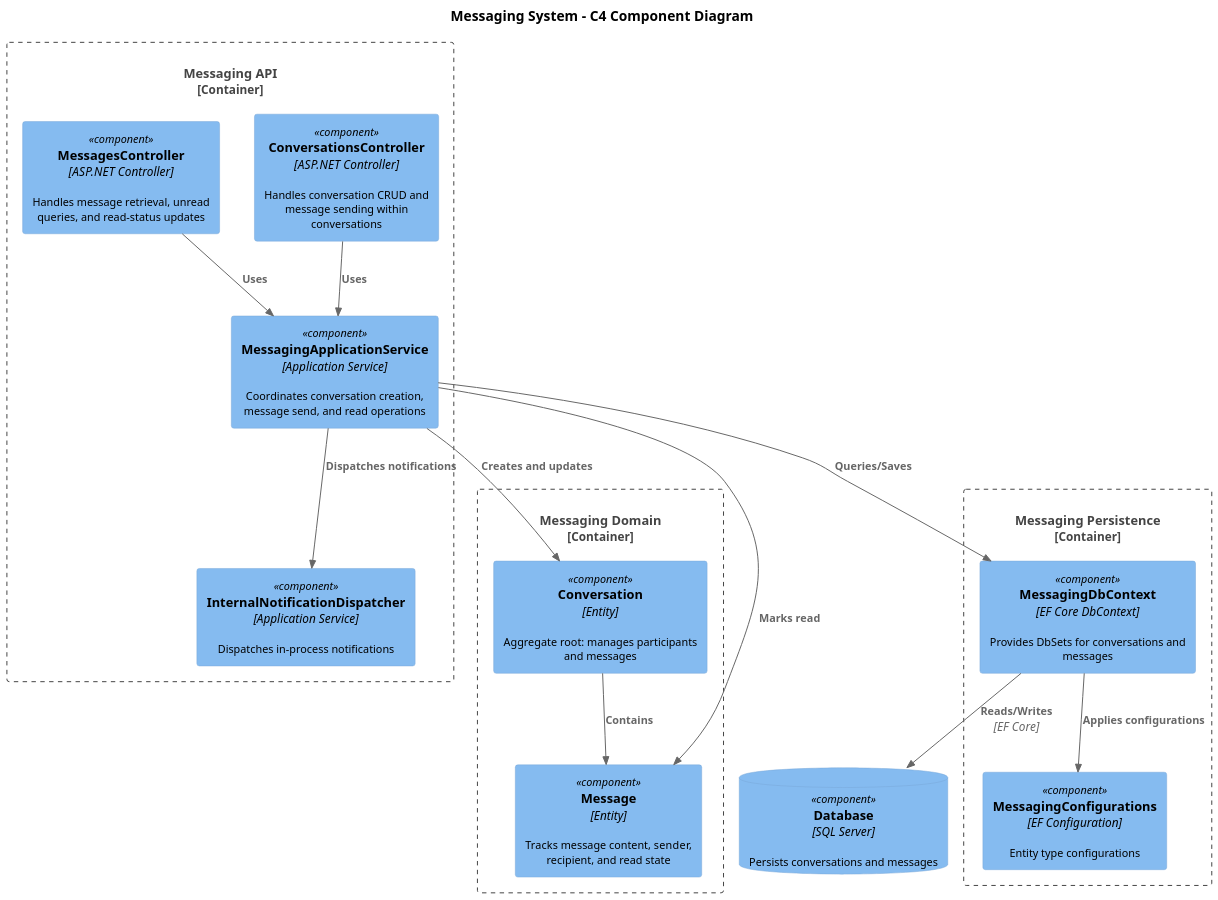
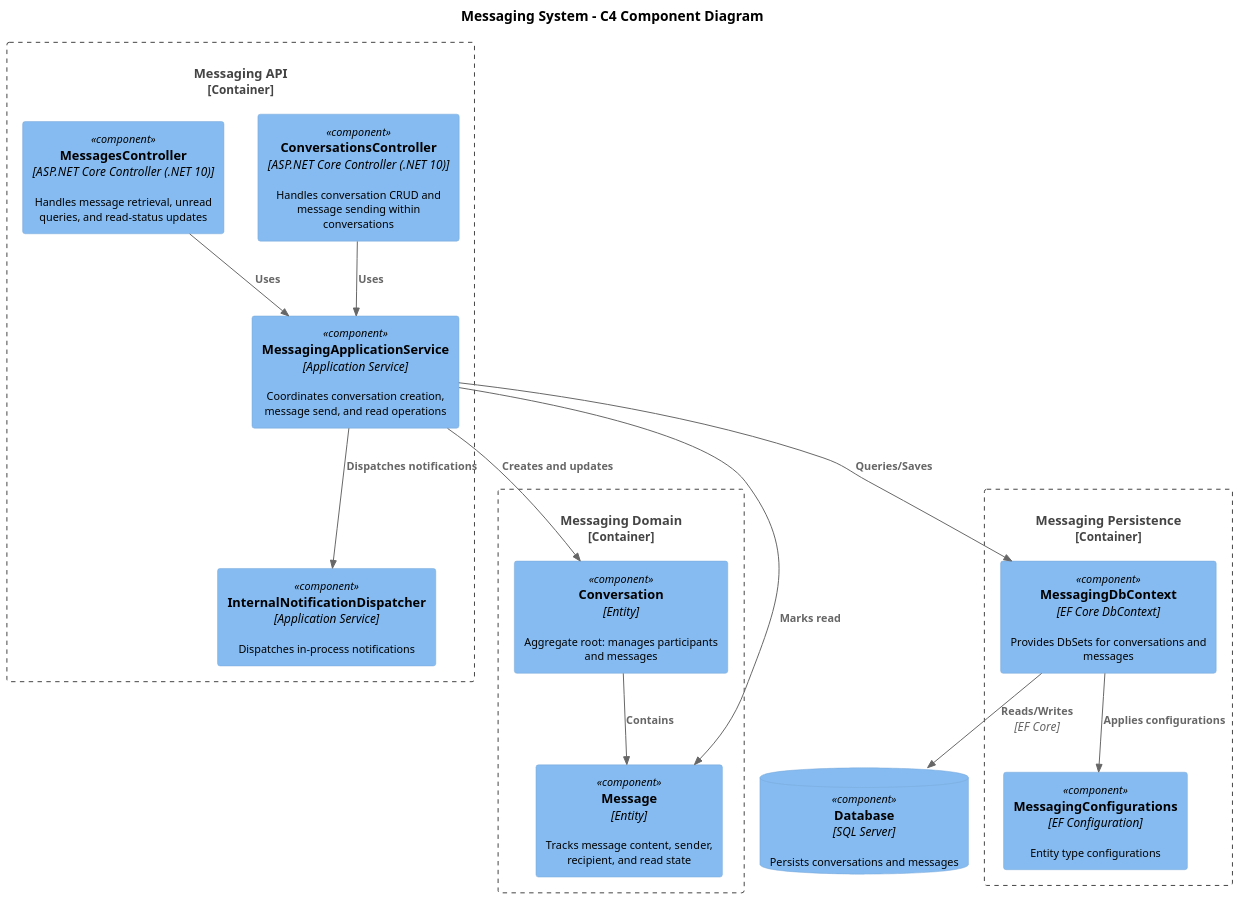
The diagram in docs/detailed-designs/07-messaging-system/c4-component.puml (QuinntyneBrown/Coop), drawn with PlantUML before and after one commit. The commit also changed 23 other files, not shown here.

Commit message:
Update C4 diagrams with .NET 10 LTS and Angular 21 baseline and consolidate solution hierarchy

```diff
--- a/docs/detailed-designs/07-messaging-system/c4-component.puml
+++ b/docs/detailed-designs/07-messaging-system/c4-component.puml
@@ -1,38 +1,38 @@
 @startuml c4-component
 !include https://raw.githubusercontent.com/plantuml-stdlib/C4-PlantUML/master/C4_Component.puml
 
 skinparam dpi 150
 skinparam defaultFontSize 11
 
 title Messaging System - C4 Component Diagram
 
 Container_Boundary(api, "Messaging API") {
-  Component(convCtrl, "ConversationsController", "ASP.NET Controller", "Handles conversation CRUD and message sending within conversations")
-  Component(msgCtrl, "MessagesController", "ASP.NET Controller", "Handles message retrieval, unread queries, and read-status updates")
+  Component(convCtrl, "ConversationsController", "ASP.NET Core Controller (.NET 10)", "Handles conversation CRUD and message sending within conversations")
+  Component(msgCtrl, "MessagesController", "ASP.NET Core Controller (.NET 10)", "Handles message retrieval, unread queries, and read-status updates")
   Component(appSvc, "MessagingApplicationService", "Application Service", "Coordinates conversation creation, message send, and read operations")
   Component(dispatcher, "InternalNotificationDispatcher", "Application Service", "Dispatches in-process notifications")
 }
 
 Container_Boundary(domain, "Messaging Domain") {
   Component(convEntity, "Conversation", "Entity", "Aggregate root: manages participants and messages")
   Component(msgEntity, "Message", "Entity", "Tracks message content, sender, recipient, and read state")
 }
 
 Container_Boundary(infra, "Messaging Persistence") {
   Component(dbCtx, "MessagingDbContext", "EF Core DbContext", "Provides DbSets for conversations and messages")
   Component(config, "MessagingConfigurations", "EF Configuration", "Entity type configurations")
 }
 
 ComponentDb(db, "Database", "SQL Server", "Persists conversations and messages")
 
 Rel(convCtrl, appSvc, "Uses")
 Rel(msgCtrl, appSvc, "Uses")
 Rel(appSvc, convEntity, "Creates and updates")
 Rel(appSvc, msgEntity, "Marks read")
 Rel(appSvc, dbCtx, "Queries/Saves")
 Rel(appSvc, dispatcher, "Dispatches notifications")
 Rel(dbCtx, db, "Reads/Writes", "EF Core")
 Rel(dbCtx, config, "Applies configurations")
 Rel(convEntity, msgEntity, "Contains")
 
 @enduml
```
